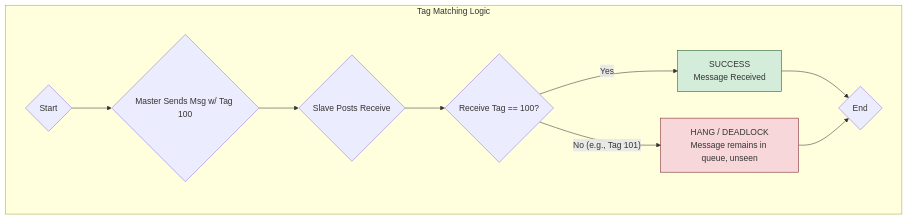
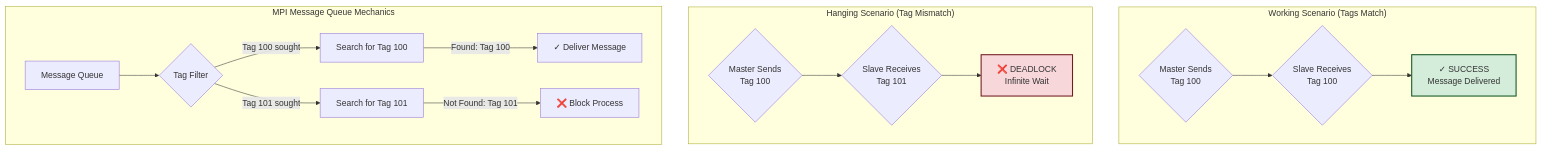
The sixth of 8 diagrams in 6004CEM_FINAL_SUBMISSION/TASK2B_DISTRIBUTED_PORTFOLIO/DOCUMENTATION/SCREENSHOTS_AND_DIAGRAMS.md (matthewloh/6004cem), drawn with Mermaid before and after one commit. The commit also changed other lines of this file and 1 other file, not shown here.

````diff
--- a/6004CEM_FINAL_SUBMISSION/TASK2B_DISTRIBUTED_PORTFOLIO/DOCUMENTATION/SCREENSHOTS_AND_DIAGRAMS.md
+++ b/6004CEM_FINAL_SUBMISSION/TASK2B_DISTRIBUTED_PORTFOLIO/DOCUMENTATION/SCREENSHOTS_AND_DIAGRAMS.md
@@ -186,15 +184,22 @@
 ```mermaid
 graph TD
-    subgraph "Tag Matching Logic"
-        A{Start} --> B{Master Sends Msg w/ Tag 100};
-        B --> C{Slave Posts Receive};
-        C --> D{Receive Tag == 100?};
-        D -- Yes --> E[SUCCESS<br/>Message Received];
-        D -- No (e.g., Tag 101) --> F[HANG / DEADLOCK<br/>Message remains in queue, unseen];
-        E --> G{End};
-        F --> G;
+    subgraph "Working Scenario (Tags Match)"
+        A1{Master Sends<br/>Tag 100} --> B1{Slave Receives<br/>Tag 100};
+        B1 --> C1[✓ SUCCESS<br/>Message Delivered];
+        style C1 fill:#d4edda,stroke:#155724,stroke-width:2px
     end
     
-    style E fill:#d4edda,stroke:#155724
-    style F fill:#f8d7da,stroke:#721c24
+    subgraph "Hanging Scenario (Tag Mismatch)"
+        A2{Master Sends<br/>Tag 100} --> B2{Slave Receives<br/>Tag 101};
+        B2 --> C2[❌ DEADLOCK<br/>Infinite Wait];
+        style C2 fill:#f8d7da,stroke:#721c24,stroke-width:2px
+    end
+    
+    subgraph "MPI Message Queue Mechanics"
+        D[Message Queue] --> E{Tag Filter};
+        E -- "Tag 100 sought" --> F[Search for Tag 100];
+        E -- "Tag 101 sought" --> G[Search for Tag 101];
+        F -- "Found: Tag 100" --> H[✓ Deliver Message];
+        G -- "Not Found: Tag 101" --> I[❌ Block Process];
+    end
 ```
````
